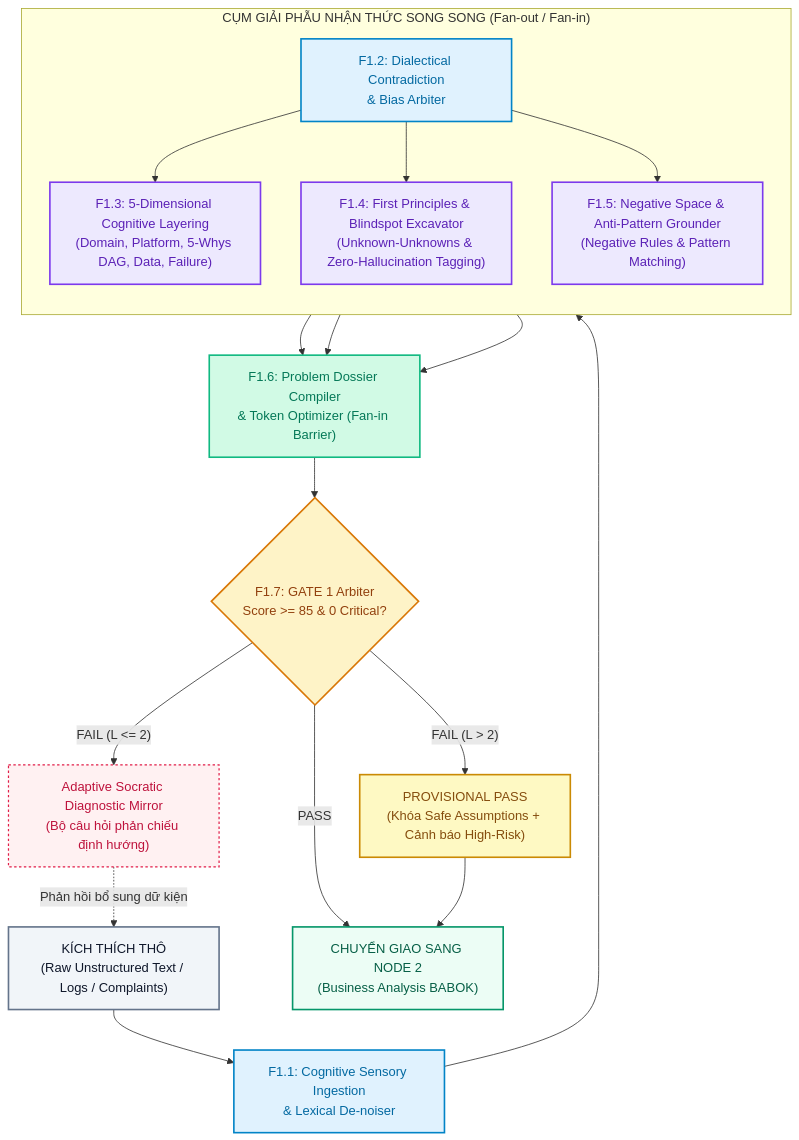
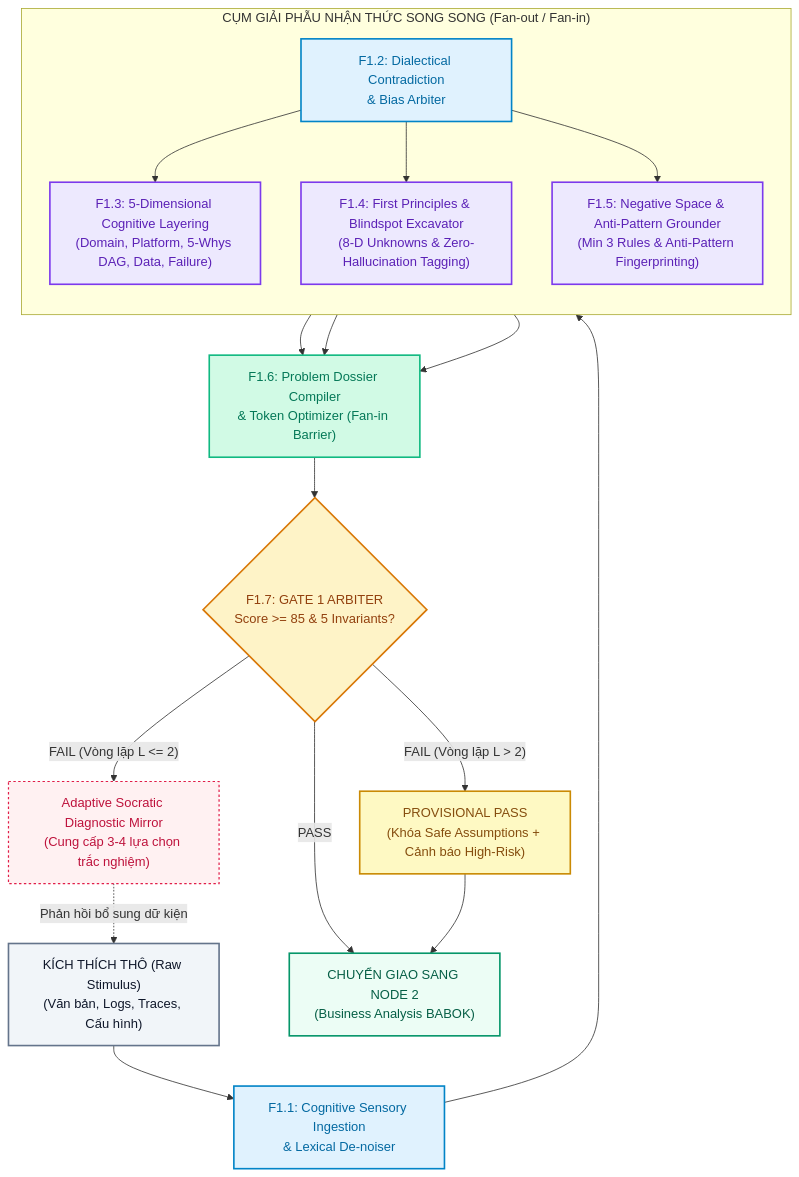
Before and after one commit to vuthuonghai-steve/Steves-Test-agent-agy: the first of 5 diagrams in Docs/Diagrams/Didagram-AI-Agent_workflows/Node-1/node1-f1-decomposition-architecture.md, drawn with Mermaid. The commit also changed other lines of this file and 5 other files, not shown here.

First line of the commit message:
docs(workflows): update Node 1 F1 decomposition spec and add sub-flows

````diff
--- a/Docs/Diagrams/Didagram-AI-Agent_workflows/Node-1/node1-f1-decomposition-architecture.md
+++ b/Docs/Diagrams/Didagram-AI-Agent_workflows/Node-1/node1-f1-decomposition-architecture.md
@@ -28,41 +41,32 @@
 ```mermaid
 flowchart TD
-    RawStimulus["KÍCH THÍCH THÔ\n(Raw Unstructured Text / Logs / Complaints)"] --> IngestionEngine["F1.1: Cognitive Sensory Ingestion\n& Lexical De-noiser"]
+    RawStimulus["KÍCH THÍCH THÔ (Raw Stimulus)\n(Văn bản, Logs, Traces, Cấu hình)"]:::inputNode --> IngestionEngine["F1.1: Cognitive Sensory Ingestion\n& Lexical De-noiser"]:::serialNode
     
-    IngestionEngine --> ArbitrerEngine["F1.2: Dialectical Contradiction\n& Bias Arbiter"]
+    IngestionEngine --> ArbitrerEngine["F1.2: Dialectical Contradiction\n& Bias Arbiter"]:::serialNode
 
     subgraph PARALLEL_CLUSTER["CỤM GIẢI PHẪU NHẬN THỨC SONG SONG (Fan-out / Fan-in)"]
         direction TB
-        ArbitrerEngine --> F13["F1.3: 5-Dimensional Cognitive Layering\n(Domain, Platform, 5-Whys DAG, Data, Failure)"]
-        ArbitrerEngine --> F14["F1.4: First Principles & Blindspot Excavator\n(Unknown-Unknowns & Zero-Hallucination Tagging)"]
-        ArbitrerEngine --> F15["F1.5: Negative Space & Anti-Pattern Grounder\n(Negative Rules & Pattern Matching)"]
+        ArbitrerEngine --> F13["F1.3: 5-Dimensional Cognitive Layering\n(Domain, Platform, 5-Whys DAG, Data, Failure)"]:::parallelNode
+        ArbitrerEngine --> F14["F1.4: First Principles & Blindspot Excavator\n(8-D Unknowns & Zero-Hallucination Tagging)"]:::parallelNode
+        ArbitrerEngine --> F15["F1.5: Negative Space & Anti-Pattern Grounder\n(Min 3 Rules & Anti-Pattern Fingerprinting)"]:::parallelNode
     end
 
-    F13 & F14 & F15 --> DossierCompiler["F1.6: Problem Dossier Compiler\n& Token Optimizer (Fan-in Barrier)"]
+    F13 & F14 & F15 --> DossierCompiler["F1.6: Problem Dossier Compiler\n& Token Optimizer (Fan-in Barrier)"]:::syncNode
 
-    DossierCompiler --> GateArbiter{"F1.7: GATE 1 Arbiter\nScore >= 85 & 0 Critical?"}
+    DossierCompiler --> GateArbiter{"F1.7: GATE 1 ARBITER\nScore >= 85 & 5 Invariants?"}:::gateNode
 
-    GateArbiter -->|"PASS"| HandoffNode2["CHUYỂN GIAO SANG NODE 2\n(Business Analysis BABOK)"]
-    GateArbiter -->|"FAIL (L <= 2)"| SocraticMirror["Adaptive Socratic Diagnostic Mirror\n(Bộ câu hỏi phản chiếu định hướng)"]
+    GateArbiter -->|"PASS"| HandoffNode2["CHUYỂN GIAO SANG NODE 2\n(Business Analysis BABOK)"]:::passNode
+    GateArbiter -->|"FAIL (Vòng lặp L <= 2)"| SocraticMirror["Adaptive Socratic Diagnostic Mirror\n(Cung cấp 3-4 lựa chọn trắc nghiệm)"]:::failNode
     SocraticMirror -.->|"Phản hồi bổ sung dữ kiện"| RawStimulus
-    GateArbiter -->|"FAIL (L > 2)"| ProvPass["PROVISIONAL PASS\n(Khóa Safe Assumptions + Cảnh báo High-Risk)"]
+    GateArbiter -->|"FAIL (Vòng lặp L > 2)"| ProvPass["PROVISIONAL PASS\n(Khóa Safe Assumptions + Cảnh báo High-Risk)"]:::provNode
     ProvPass --> HandoffNode2
 
     classDef inputNode fill:#f1f5f9,stroke:#64748b,stroke-width:2px,color:#0f172a;
     classDef serialNode fill:#e0f2fe,stroke:#0284c7,stroke-width:2px,color:#0369a1;
     classDef parallelNode fill:#ede9fe,stroke:#7c3aed,stroke-width:2px,color:#5b21b6;
     classDef syncNode fill:#d1fae5,stroke:#10b981,stroke-width:2px,color:#047857;
     classDef gateNode fill:#fef3c7,stroke:#d97706,stroke-width:2px,color:#92400e;
     classDef passNode fill:#ecfdf5,stroke:#059669,stroke-width:2px,color:#065f46;
     classDef failNode fill:#fff1f2,stroke:#e11d48,stroke-width:1.5px,stroke-dasharray: 3 3,color:#be123c;
     classDef provNode fill:#fef9c3,stroke:#ca8a04,stroke-width:2px,color:#854d0e;
-
-    class RawStimulus inputNode;
-    class IngestionEngine,ArbitrerEngine serialNode;
-    class F13,F14,F15 parallelNode;
-    class DossierCompiler syncNode;
-    class GateArbiter gateNode;
-    class HandoffNode2 passNode;
-    class SocraticMirror failNode;
-    class ProvPass provNode;
 ```
````
